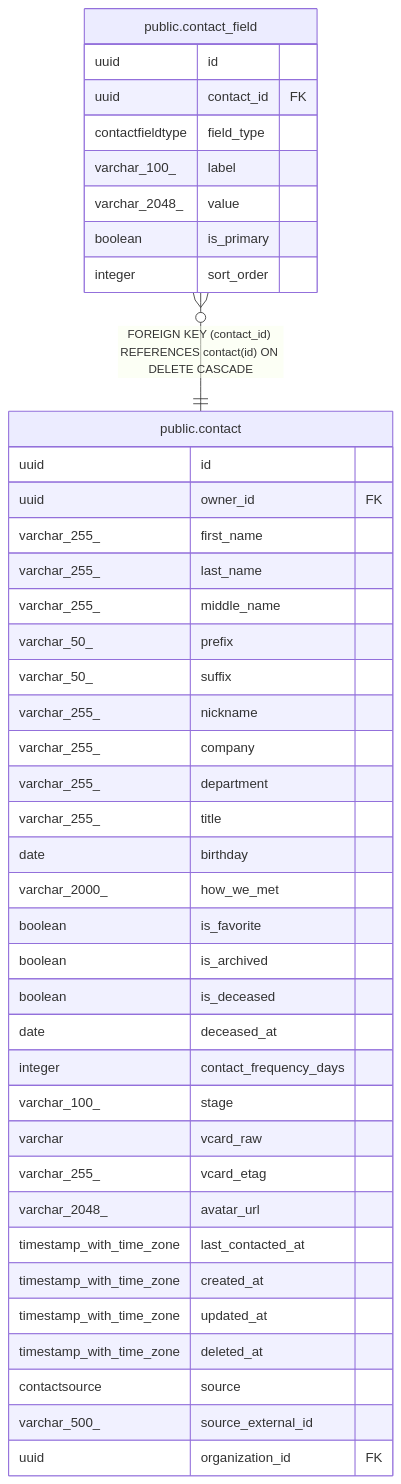
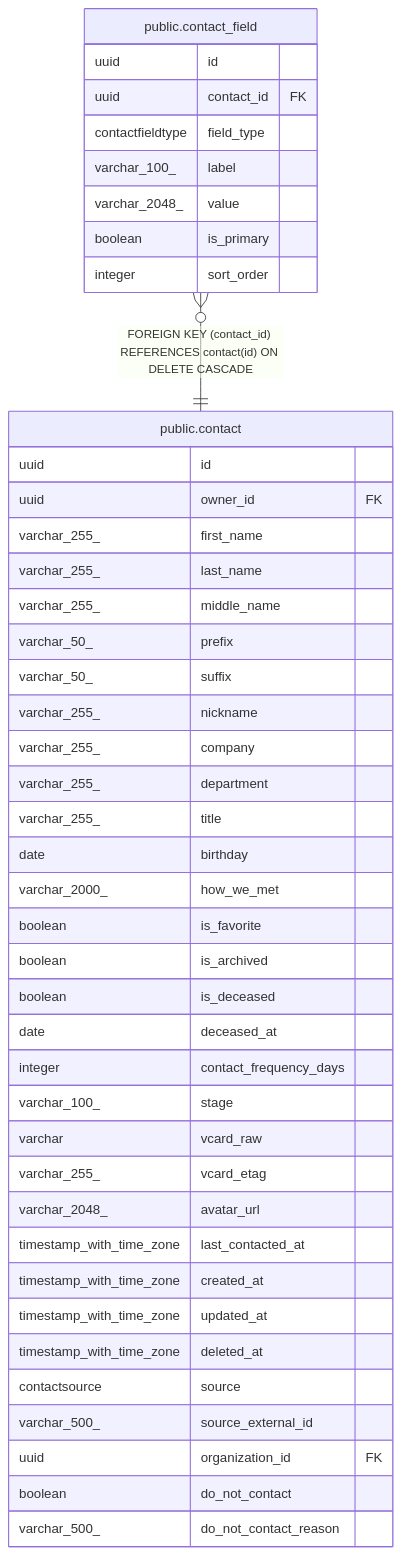
One commit to pike00/Kindred changed the diagram in docs/db/public.contact_field.md. Above: the diagram before and after it, drawn with Mermaid. The commit also changed 21 other files, not shown here.

Commit message:
docs: regenerate db schema docs (do_not_contact fields)

````diff
--- a/docs/db/public.contact_field.md
+++ b/docs/db/public.contact_field.md
@@ -43,46 +43,48 @@
 ```mermaid
 erDiagram
 
 "public.contact_field" }o--|| "public.contact" : "FOREIGN KEY (contact_id) REFERENCES contact(id) ON DELETE CASCADE"
 
 "public.contact_field" {
   uuid id
   uuid contact_id FK
   contactfieldtype field_type
   varchar_100_ label
   varchar_2048_ value
   boolean is_primary
   integer sort_order
 }
 "public.contact" {
   uuid id
   uuid owner_id FK
   varchar_255_ first_name
   varchar_255_ last_name
   varchar_255_ middle_name
   varchar_50_ prefix
   varchar_50_ suffix
   varchar_255_ nickname
   varchar_255_ company
   varchar_255_ department
   varchar_255_ title
   date birthday
   varchar_2000_ how_we_met
   boolean is_favorite
   boolean is_archived
   boolean is_deceased
   date deceased_at
   integer contact_frequency_days
   varchar_100_ stage
   varchar vcard_raw
   varchar_255_ vcard_etag
   varchar_2048_ avatar_url
   timestamp_with_time_zone last_contacted_at
   timestamp_with_time_zone created_at
   timestamp_with_time_zone updated_at
   timestamp_with_time_zone deleted_at
   contactsource source
   varchar_500_ source_external_id
   uuid organization_id FK
+  boolean do_not_contact
+  varchar_500_ do_not_contact_reason
 }
 ```
````
